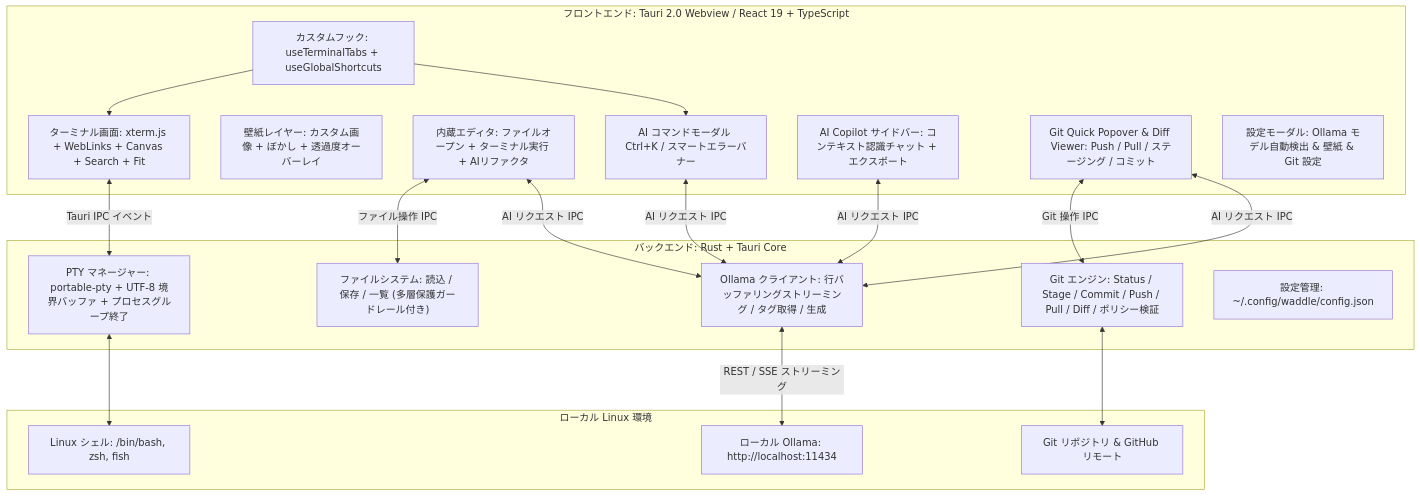
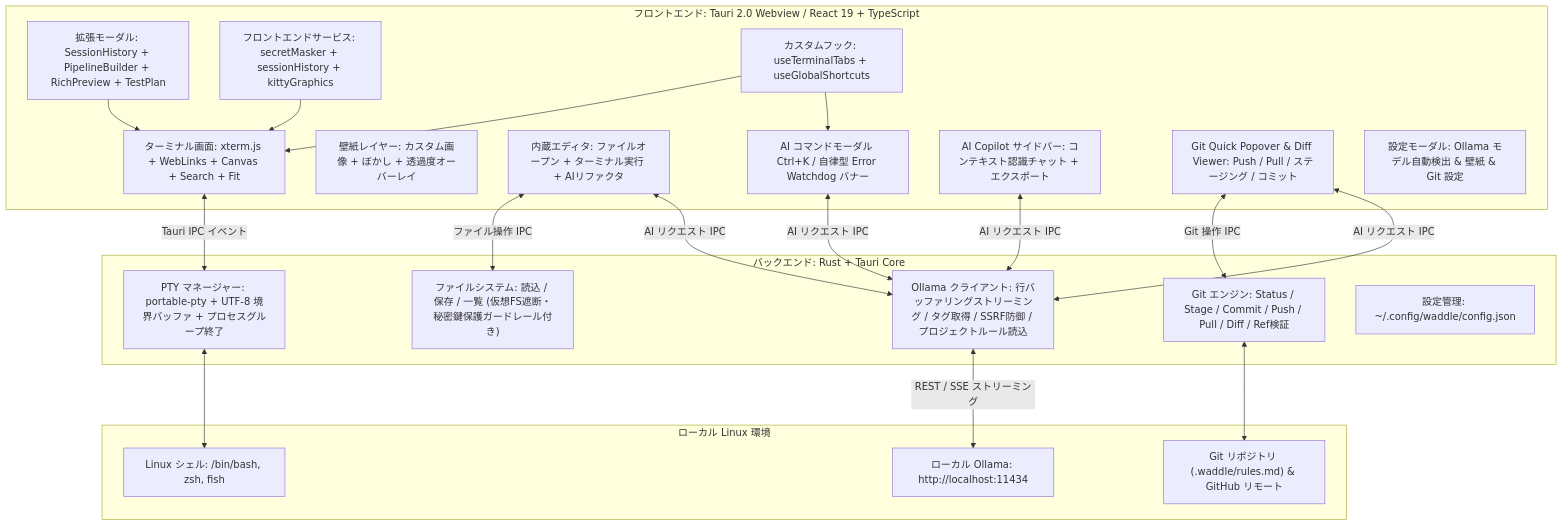
Before and after one commit to wammed/Waddle: the diagram in docs/ARCHITECTURE.ja.md, drawn with Mermaid. The commit also changed other lines of this file and 29 other files, not shown here.

Commit message:
feat: add real-time secret masking, session timeline history, rich data preview, pipeline builder, and project AI rules

````diff
--- a/docs/ARCHITECTURE.ja.md
+++ b/docs/ARCHITECTURE.ja.md
@@ -9,37 +9,41 @@
 ```mermaid
 graph TD
     subgraph UI_Layer ["フロントエンド: Tauri 2.0 Webview / React 19 + TypeScript"]
         TermView["ターミナル画面: xterm.js + WebLinks + Canvas + Search + Fit"]
         WallLayer["壁紙レイヤー: カスタム画像 + ぼかし + 透過度オーバーレイ"]
         Editor["内蔵エディタ: ファイルオープン + ターミナル実行 + AIリファクタ"]
-        AIOverlay["AI コマンドモーダル Ctrl+K / スマートエラーバナー"]
+        AIOverlay["AI コマンドモーダル Ctrl+K / 自律型 Error Watchdog バナー"]
         Copilot["AI Copilot サイドバー: コンテキスト認識チャット + エクスポート"]
         GitUI["Git Quick Popover & Diff Viewer: Push / Pull / ステージング / コミット"]
+        NextGenModals["拡張モーダル: SessionHistory + PipelineBuilder + RichPreview + TestPlan"]
+        Services["フロントエンドサービス: secretMasker + sessionHistory + kittyGraphics"]
         Settings["設定モーダル: Ollama モデル自動検出 & 壁紙 & Git 設定"]
         Hooks["カスタムフック: useTerminalTabs + useGlobalShortcuts"]
     end
 
     subgraph Rust_Backend ["バックエンド: Rust + Tauri Core"]
         PtyMgr["PTY マネージャー: portable-pty + UTF-8 境界バッファ + プロセスグループ終了"]
-        GitCore["Git エンジン: Status / Stage / Commit / Push / Pull / Diff / ポリシー検証"]
-        AiCore["Ollama クライアント: 行バッファリングストリーミング / タグ取得 / 生成"]
-        FileIO["ファイルシステム: 読込 / 保存 / 一覧 (多層保護ガードレール付き)"]
+        GitCore["Git エンジン: Status / Stage / Commit / Push / Pull / Diff / Ref検証"]
+        AiCore["Ollama クライアント: 行バッファリングストリーミング / タグ取得 / SSRF防御 / プロジェクトルール読込"]
+        FileIO["ファイルシステム: 読込 / 保存 / 一覧 (仮想FS遮断・秘密鍵保護ガードレール付き)"]
         ConfigMgr["設定管理: ~/.config/waddle/config.json"]
     end
 
     subgraph System_Layer ["ローカル Linux 環境"]
         Shell["Linux シェル: /bin/bash, zsh, fish"]
-        GitRepo["Git リポジトリ & GitHub リモート"]
+        GitRepo["Git リポジトリ (.waddle/rules.md) & GitHub リモート"]
         Ollama["ローカル Ollama: http://localhost:11434"]
     end
 
     TermView <-->|Tauri IPC イベント| PtyMgr
     PtyMgr <--> Shell
     GitUI <-->|Git 操作 IPC| GitCore
     GitCore <--> GitRepo
     Editor <-->|ファイル操作 IPC| FileIO
     AIOverlay & Copilot & Editor & GitUI <-->|AI リクエスト IPC| AiCore
     AiCore <-->|REST / SSE ストリーミング| Ollama
     Hooks --> TermView
     Hooks --> AIOverlay
+    Services --> TermView
+    NextGenModals --> TermView
 ```
````
